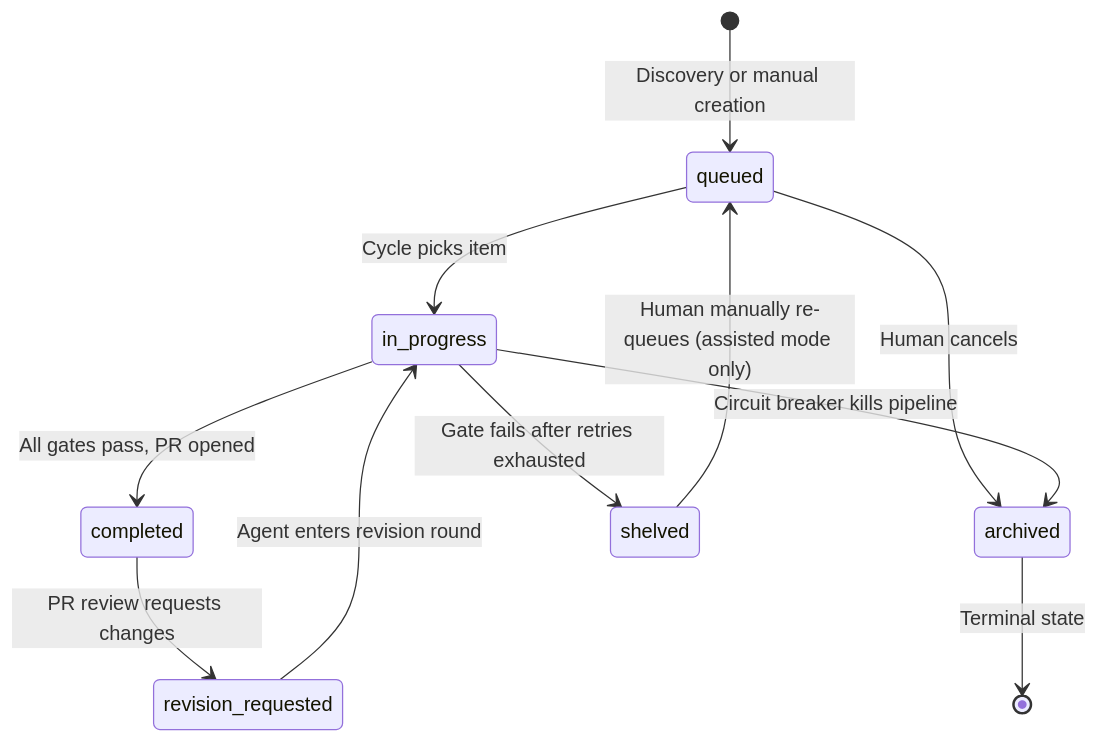
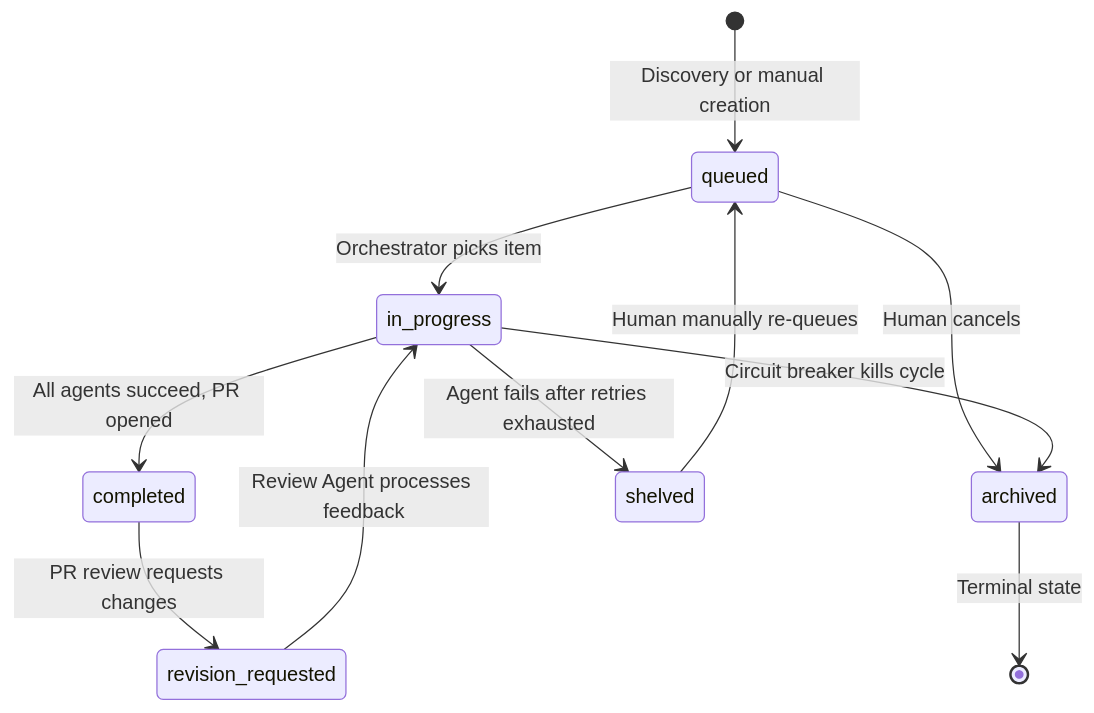
One commit to no-magic-ai/apprentice changed the tenth of 10 diagrams in docs/system-design.md. Above: the diagram before and after it, drawn with Mermaid. The commit also changed other lines of this file, not shown here.

First line of the commit message:
docs: update system design for multi-agent architecture

````diff
--- a/docs/system-design.md
+++ b/docs/system-design.md
@@ -754,19 +701,19 @@
 ```mermaid
 stateDiagram-v2
     [*] --> queued: Discovery or manual creation
 
-    queued --> in_progress: Cycle picks item
+    queued --> in_progress: Orchestrator picks item
     queued --> archived: Human cancels
 
-    in_progress --> completed: All gates pass, PR opened
-    in_progress --> shelved: Gate fails after retries exhausted
-    in_progress --> archived: Circuit breaker kills pipeline
+    in_progress --> completed: All agents succeed, PR opened
+    in_progress --> shelved: Agent fails after retries exhausted
+    in_progress --> archived: Circuit breaker kills cycle
 
     completed --> revision_requested: PR review requests changes
 
-    revision_requested --> in_progress: Agent enters revision round
+    revision_requested --> in_progress: Review Agent processes feedback
 
-    shelved --> queued: Human manually re-queues (assisted mode only)
+    shelved --> queued: Human manually re-queues
 
     archived --> [*]: Terminal state
 ```
````
